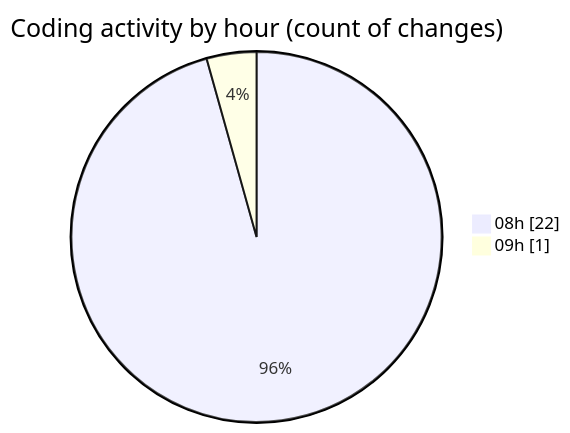
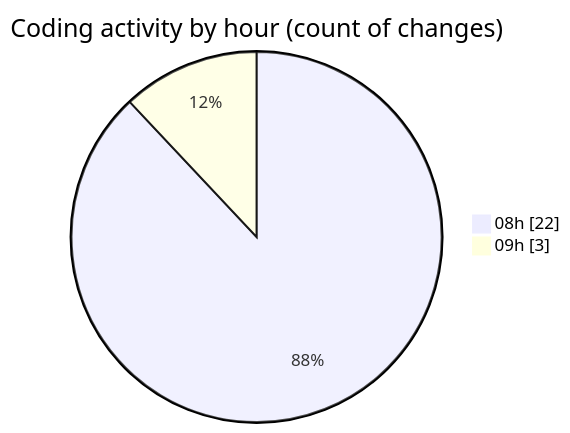
One commit to robertbonfada/code-tracking changed the second of 2 diagrams in 2025-02-17/mbc-web/README.md. Above: the diagram before and after it, drawn with Mermaid. The commit also changed other lines of this file and 1 other file, not shown here.

````diff
--- a/2025-02-17/mbc-web/README.md
+++ b/2025-02-17/mbc-web/README.md
@@ -33,6 +36,6 @@
 ```mermaid
 pie showData
 title Coding activity by hour (count of changes)
 "08h" : 22
-"09h" : 1
+"09h" : 3
 ```
````
